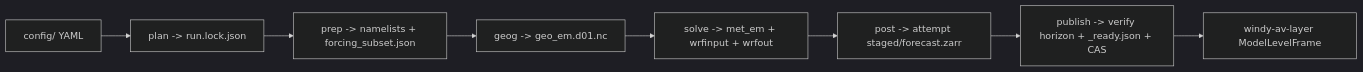
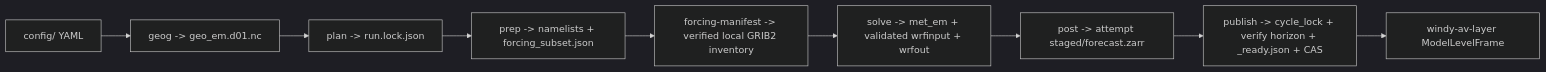
Before and after one commit to jdorrance/av-wrf: the first of 2 diagrams in docs/architecture.md, drawn with Mermaid (dark theme). The commit also changed other lines of this file and 77 other files, not shown here.

````diff
--- a/docs/architecture.md
+++ b/docs/architecture.md
@@ -11,10 +12,11 @@
 ```mermaid
 flowchart LR
-  cfg["config/ YAML"] --> plan["plan -> run.lock.json"]
+  cfg["config/ YAML"] --> geog["geog -> geo_em.d01.nc"]
+  geog --> plan["plan -> run.lock.json"]
   plan --> prep["prep -> namelists + forcing_subset.json"]
-  prep --> geog["geog -> geo_em.d01.nc"]
-  geog --> solve["solve -> met_em + wrfinput + wrfout"]
+  prep --> forcing["forcing-manifest -> verified local GRIB2 inventory"]
+  forcing --> solve["solve -> met_em + validated wrfinput + wrfout"]
   solve --> post["post -> attempt staged/forecast.zarr"]
-  post --> pub["publish -> verify horizon + _ready.json + CAS"]
+  post --> pub["publish -> cycle_lock + verify horizon + _ready.json + CAS"]
   pub --> av["windy-av-layer ModelLevelFrame"]
 ```
````
